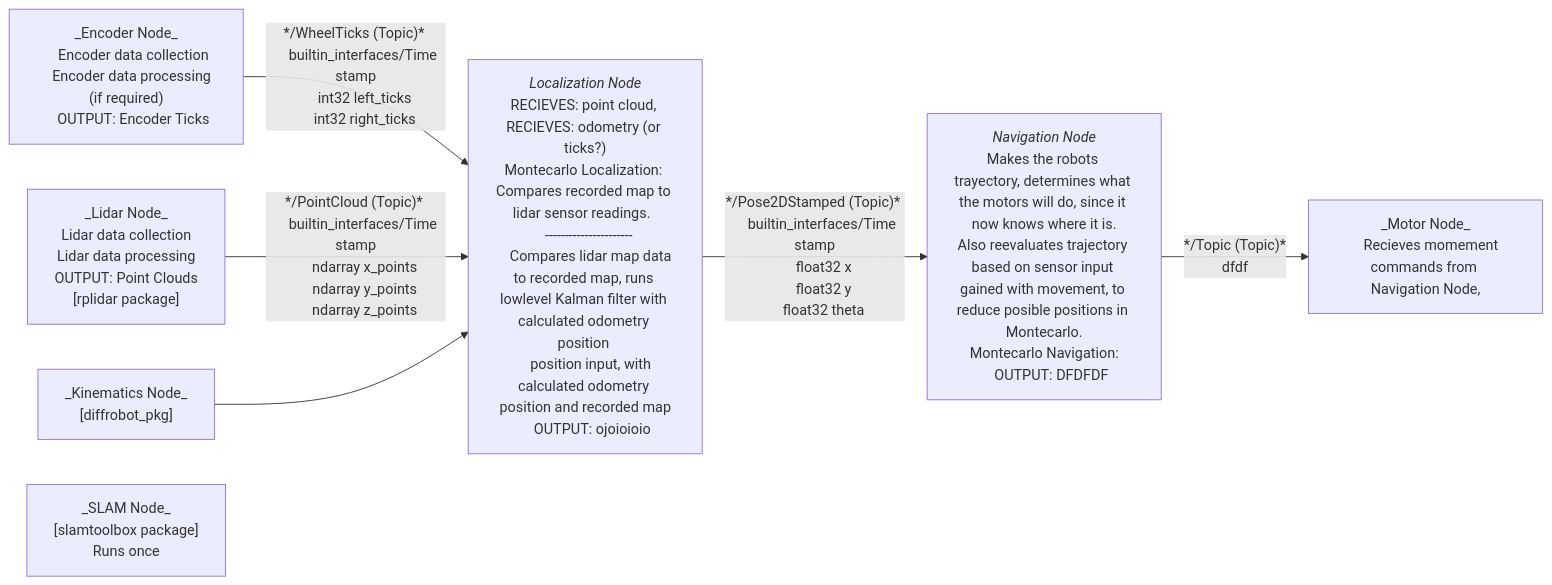
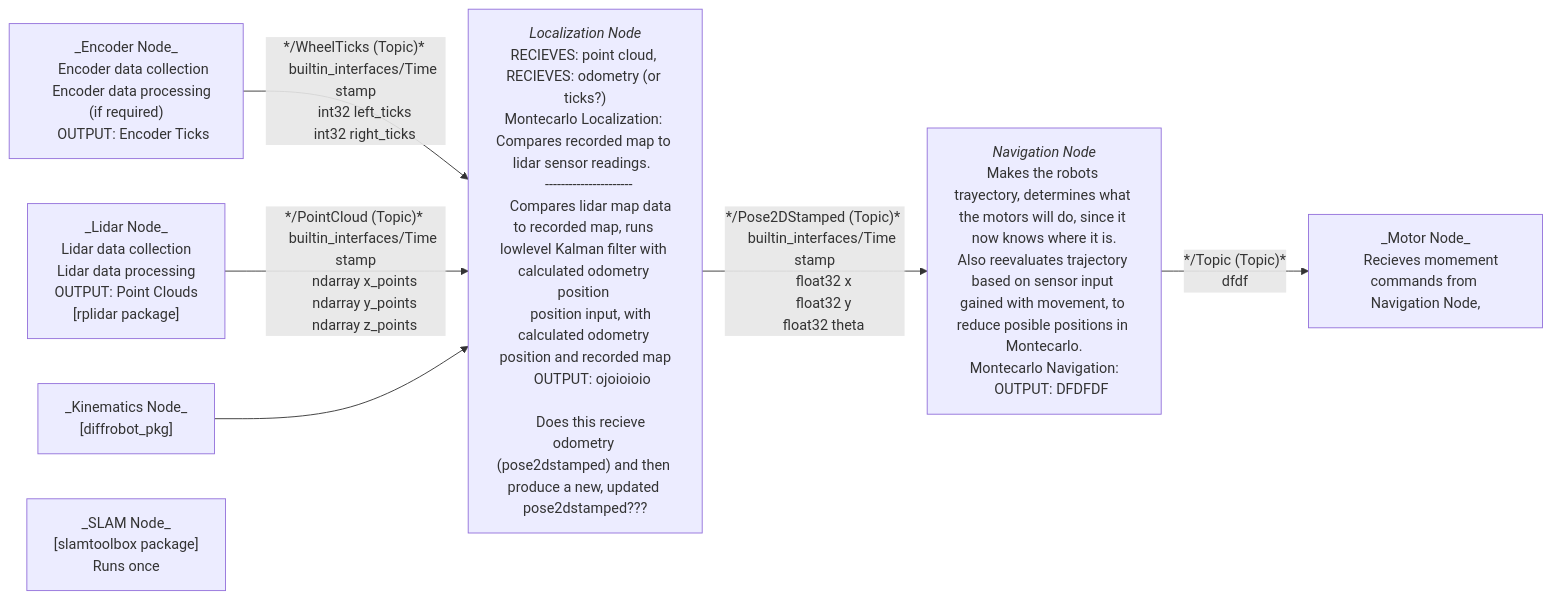
Before and after one commit to Nectar-A-Gonzalez/ROS2_Autonomous_Navigation_Robot_Project: the diagram in Assets (For README)/ROS2graph Packages.mmd, drawn with Mermaid.

Commit message:
Organizing the graph copy with the somewhat corresponding nodes

```diff
--- a/Assets (For README)/ROS2graph Packages.mmd
+++ b/Assets (For README)/ROS2graph Packages.mmd
@@ -1,70 +1,72 @@
 flowchart LR
     LidarNode["_Lidar Node_
     Lidar data collection
     Lidar data processing
     OUTPUT: Point Clouds
     [rplidar package]
    "]
 
     EncoderNode["_Encoder Node_
     Encoder data collection
     Encoder data processing (if required)
     OUTPUT: Encoder Ticks
    "]
 
     LocalizationNode["`_Localization Node_
     RECIEVES: point cloud, 
     RECIEVES: odometry (or ticks?)
     Montecarlo Localization: Compares recorded map to lidar sensor readings.  
   ----------------------
     Compares lidar map data to recorded map, runs lowlevel Kalman filter with calculated odometry position 
     position input, with calculated odometry position and recorded map
     OUTPUT: ojoioioio
+
+    Does this recieve odometry (pose2dstamped) and then produce a new, updated pose2dstamped???
     `"]
 
     NavigationNode["`_Navigation Node_
     Makes the robots trayectory, determines what the motors will do, since it now knows where it is.
     Also reevaluates trajectory based on sensor input gained with movement, to reduce posible positions in Montecarlo.
     Montecarlo Navigation:
 
     OUTPUT: DFDFDF
     `"]
 
     MotorNode["_Motor Node_
     Recieves momement commands from Navigation Node,
     "]
 
     KinematicsNode["_Kinematics Node_
     [diffrobot_pkg]
     "]
 
     SLAMNode["_SLAM Node_
     [slamtoolbox package]
     Runs once
     "]
 
 
     EncoderNode -->|"*/WheelTicks (Topic)* 
      builtin_interfaces/Time stamp
      int32 left_ticks
      int32 right_ticks "| LocalizationNode
     
     LidarNode -->|"*/PointCloud (Topic)* 
      builtin_interfaces/Time stamp
      ndarray x_points
      ndarray y_points
      ndarray z_points
       "| LocalizationNode
 
     LocalizationNode -->|"*/Pose2DStamped (Topic)* 
      builtin_interfaces/Time stamp
      float32 x
      float32 y
      float32 theta"| NavigationNode
       
 
     NavigationNode -->|"*/Topic (Topic)*
     dfdf "| MotorNode
 
     KinematicsNode -->|
      | LocalizationNode
```
